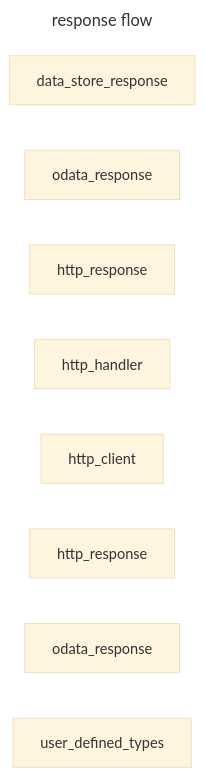
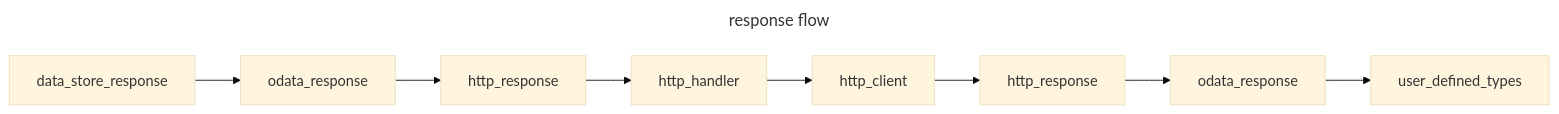
Before and after one commit to OData/odata.net: the second of 2 diagrams in docs/architecture.md, drawn with Mermaid (base theme).

````diff
--- a/docs/architecture.md
+++ b/docs/architecture.md
@@ -243,14 +243,21 @@
 ```mermaid
 ---
 title: response flow
 ---
 flowchart LR
     data_store_response
     odata_response1[odata_response]
     http_response1[http_response]
     http_handler
     http_client
     http_response2[http_response]
     odata_response2[odata_response]
     user_defined_types
+    data_store_response --> odata_response1
+    odata_response1 --> http_response1
+    http_response1 --> http_handler
+    http_handler --> http_client
+    http_client --> http_response2
+    http_response2 --> odata_response2
+    odata_response2 --> user_defined_types
 ```
````
